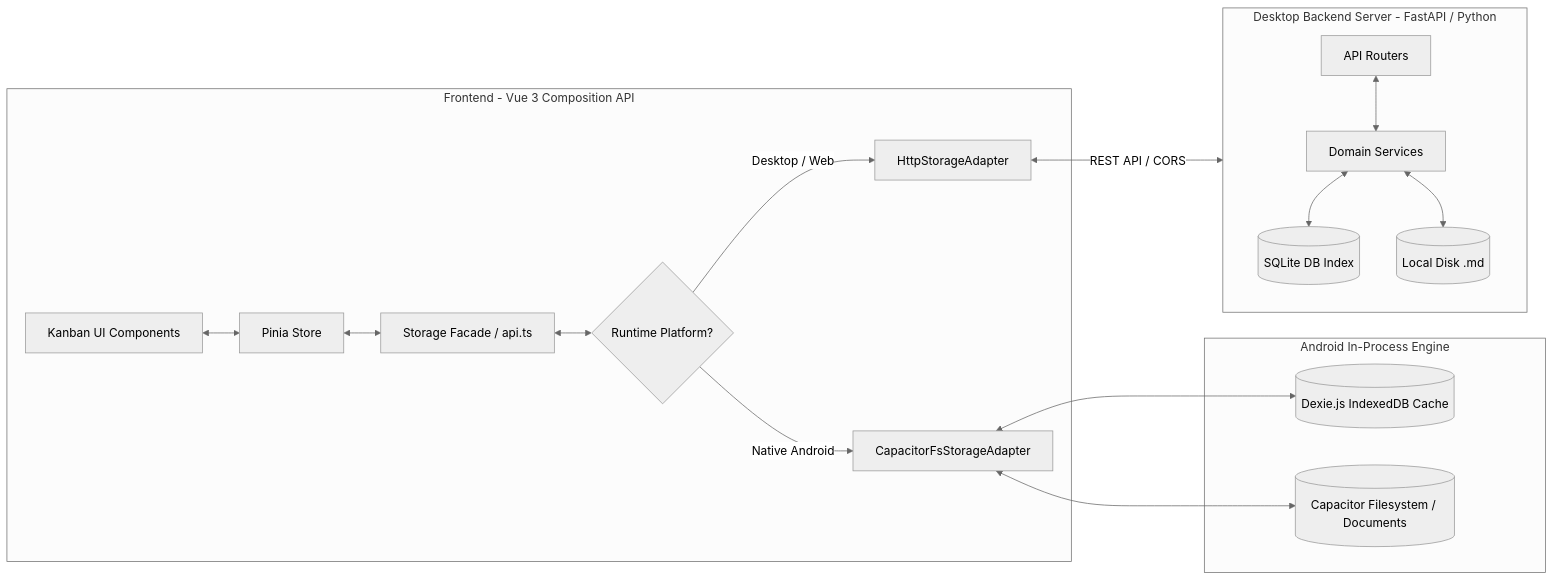
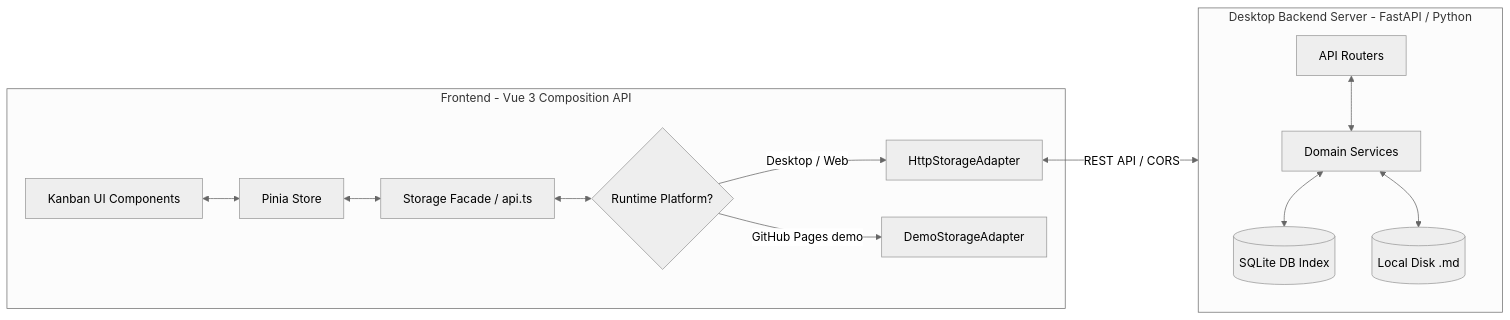
Before and after one commit to simon123h/Jotter: the third of 4 diagrams in docs/developer/architecture.md, drawn with Mermaid (neutral theme). The commit also changed other lines of this file and 113 other files, not shown here.

````diff
--- a/docs/developer/architecture.md
+++ b/docs/developer/architecture.md
@@ -66,24 +66,19 @@
 ```mermaid
 flowchart LR
     subgraph Frontend [Frontend - Vue 3 Composition API]
         UI[Kanban UI Components] <--> Store[Pinia Store]
         Store <--> Proxy[Storage Facade / api.ts]
         Proxy <--> Adapter{Runtime Platform?}
         Adapter -->|Desktop / Web| HttpAdapter[HttpStorageAdapter]
-        Adapter -->|Native Android| CapAdapter[CapacitorFsStorageAdapter]
-    end
-
-    subgraph NativeMobile [Android In-Process Engine]
-        CapAdapter <--> DexieDB[(Dexie.js IndexedDB Cache)]
-        CapAdapter <--> CapFS[(Capacitor Filesystem / Documents)]
+        Adapter -->|GitHub Pages demo| DemoAdapter[DemoStorageAdapter]
     end
 
     subgraph DesktopBackend [Desktop Backend Server - FastAPI / Python]
         direction TB
         Router[API Routers] <--> Services[Domain Services]
         Services <--> Database[(SQLite DB Index)]
         Services <--> Disk[(Local Disk .md)]
     end
 
     HttpAdapter <-->|REST API / CORS| Router
 ```
````
